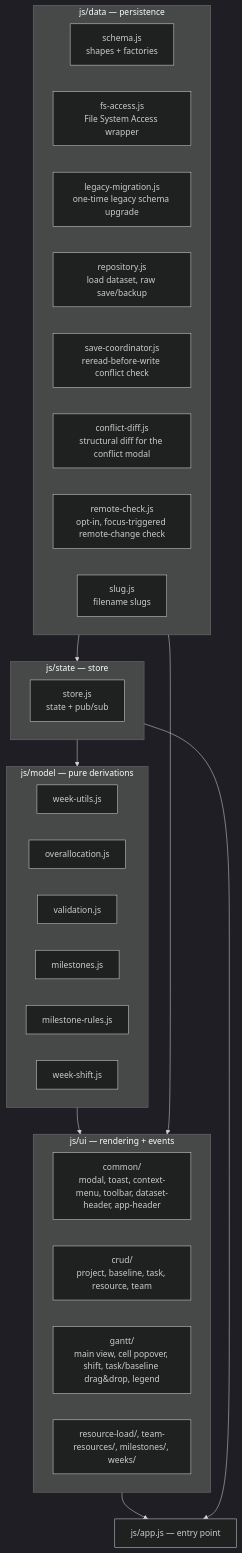
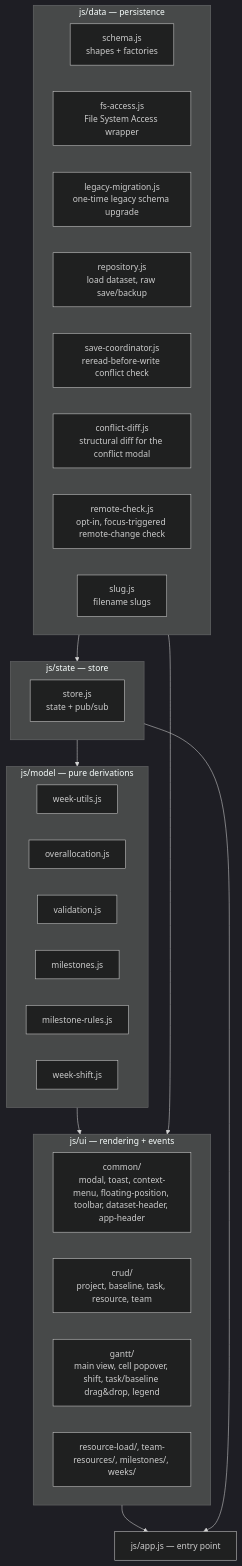
The first of 2 diagrams in docs/architecture.md (alexscarcella/Weavo), drawn with Mermaid (dark theme) before and after one commit. The commit also changed other lines of this file and 10 other files, not shown here.

````diff
--- a/docs/architecture.md
+++ b/docs/architecture.md
@@ -31,38 +31,38 @@
 ```mermaid
 flowchart TB
     subgraph data["js/data — persistence"]
         schema["schema.js\nshapes + factories"]
         fsaccess["fs-access.js\nFile System Access wrapper"]
         legacymig["legacy-migration.js\none-time legacy schema upgrade"]
         repository["repository.js\nload dataset, raw save/backup"]
         savecoord["save-coordinator.js\nreread-before-write conflict check"]
         conflictdiff["conflict-diff.js\nstructural diff for the conflict modal"]
         remotecheck["remote-check.js\nopt-in, focus-triggered remote-change check"]
         slug["slug.js\nfilename slugs"]
     end
     subgraph state["js/state — store"]
         store["store.js\nstate + pub/sub"]
     end
     subgraph model["js/model — pure derivations"]
         weekutils["week-utils.js"]
         overalloc["overallocation.js"]
         validation["validation.js"]
         milestones["milestones.js"]
         msrules["milestone-rules.js"]
         weekshift["week-shift.js"]
     end
     subgraph ui["js/ui — rendering + events"]
-        common["common/\nmodal, toast, context-menu, toolbar, dataset-header, app-header"]
+        common["common/\nmodal, toast, context-menu, floating-position, toolbar, dataset-header, app-header"]
         crud["crud/\nproject, baseline, task, resource, team"]
         gantt["gantt/\nmain view, cell popover, shift, task/baseline drag&amp;drop, legend"]
         other["resource-load/, team-resources/, milestones/, weeks/"]
     end
     app["js/app.js — entry point"]
 
     data --> state
     state --> model
     model --> ui
     data --> ui
     ui --> app
     state --> app
 ```
````
